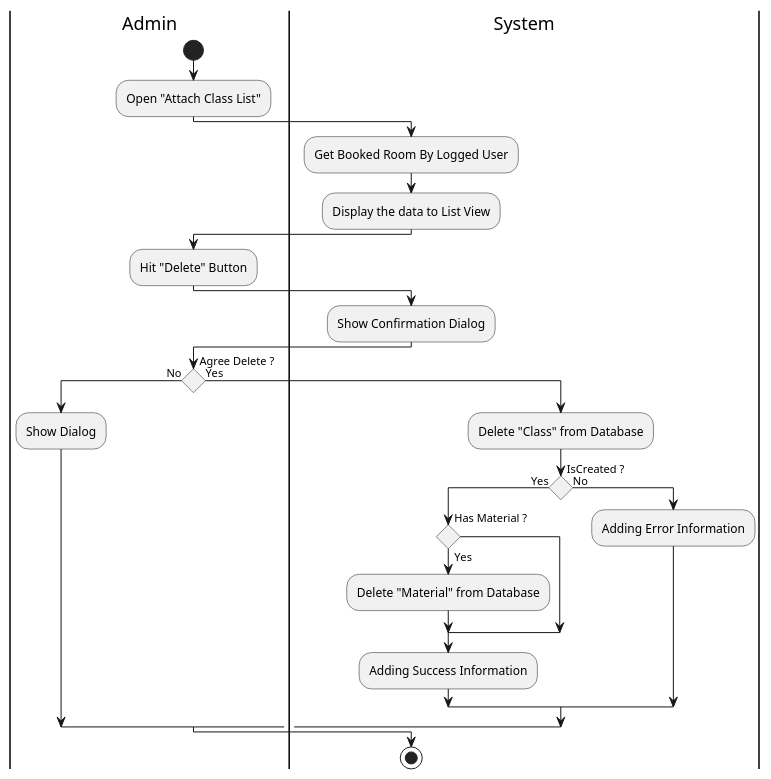
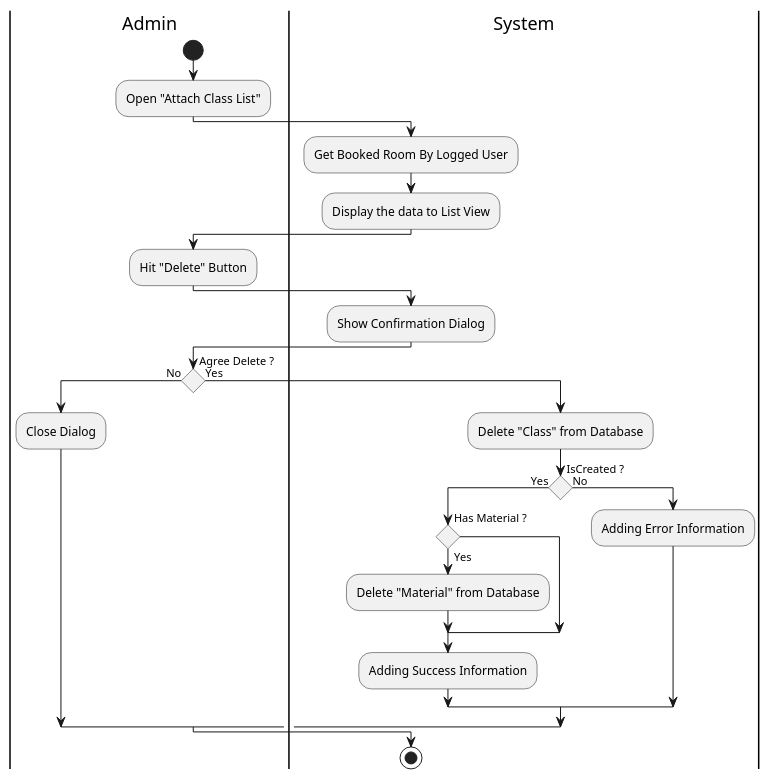
The diagram in Activity/Release01/UnbookingClass.wsd (fwidjaya20/fazzlearning-uml), drawn with PlantUML before and after one commit. The commit also changed 6 other files, not shown here.

Commit message:
fix(diagram): fix invalid wording

```diff
--- a/Activity/Release01/UnbookingClass.wsd
+++ b/Activity/Release01/UnbookingClass.wsd
@@ -1,39 +1,39 @@
 @startuml UnbookingClass
 
 skinparam ConditionEndStyle hline
 skinparam conditionStyle diamond
 skinparam Monochrome true
 skinparam Shadowing false
 
 |Admin|
 start
 :Open "Attach Class List";
 
 |System|
 :Get Booked Room By Logged User;
 :Display the data to List View;
 
 |Admin|
 :Hit "Delete" Button;
 
 |System|
 :Show Confirmation Dialog;
 
 |Admin|
 if (Agree Delete ?) then (No)
-    :Show Dialog;
+    :Close Dialog;
 else (Yes)
     |System|
     :Delete "Class" from Database;
     if (IsCreated ?) then (Yes)
         if (Has Material ?) then (Yes)
             :Delete "Material" from Database;
         endif
         :Adding Success Information;
     else (No)
         :Adding Error Information;
     endif
 endif
 stop
 
 @enduml
```
